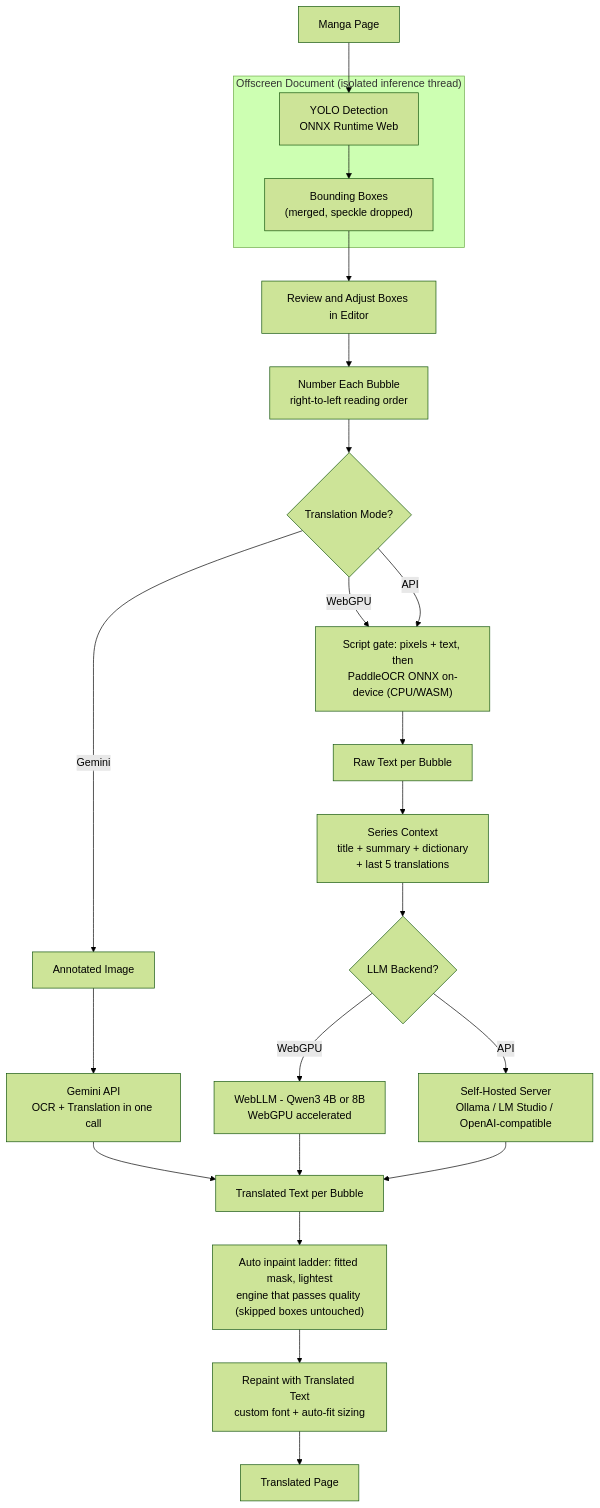
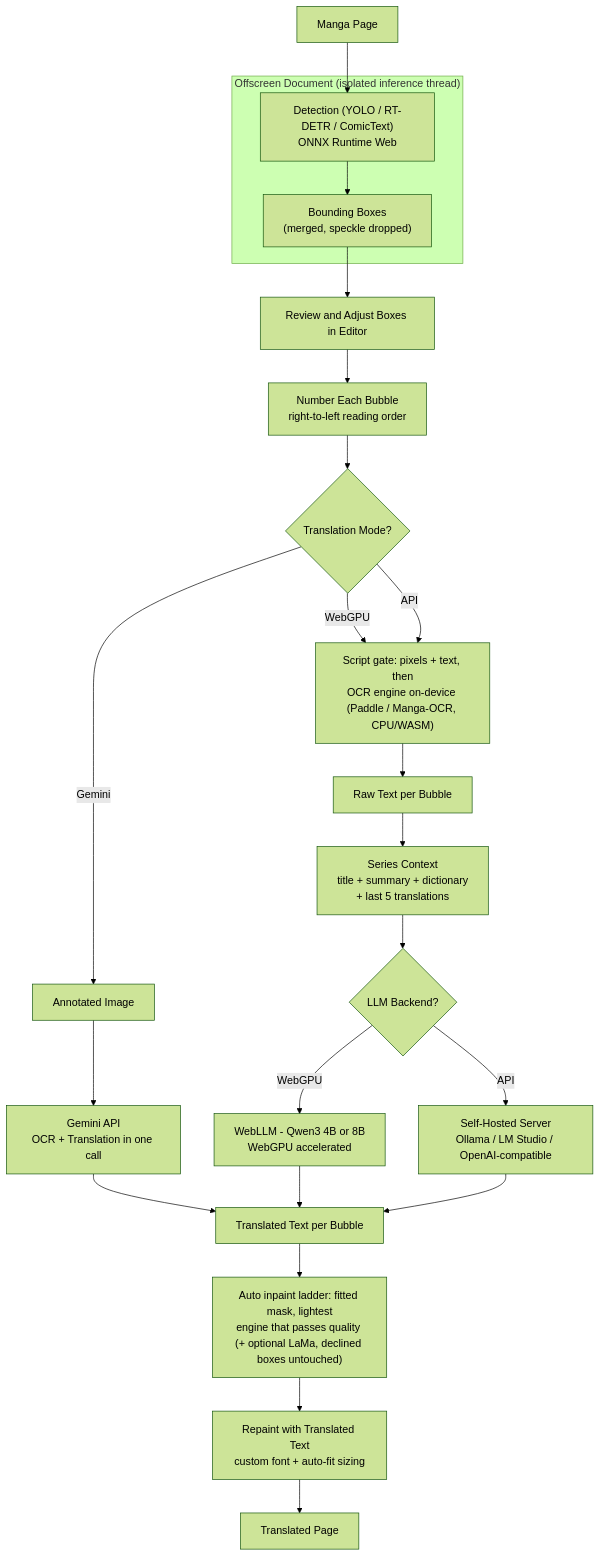
Before and after one commit to mrdhnto/libre-manga-translator: the diagram in README.md, drawn with Mermaid (forest theme). The commit also changed other lines of this file and 33 other files, not shown here.

````diff
--- a/README.md
+++ b/README.md
@@ -70,45 +70,45 @@
 ```mermaid
 graph TD
     Img[Manga Page] --> Detect
 
     subgraph offscreen ["Offscreen Document (isolated inference thread)"]
-        Detect["YOLO Detection
+        Detect["Detection (YOLO / RT-DETR / ComicText)
 ONNX Runtime Web"]
         Detect --> Boxes["Bounding Boxes
 (merged, speckle dropped)"]
     end
 
     Boxes --> Refine[Review and Adjust Boxes in Editor]
     Refine --> Annotate["Number Each Bubble
 right-to-left reading order"]
     Annotate --> Mode{Translation Mode?}
 
     Mode -->|Gemini| CloudImg[Annotated Image]
     CloudImg --> Gemini["Gemini API
 OCR + Translation in one call"]
     Gemini --> Text
 
     Mode -->|WebGPU| OCR["Script gate: pixels + text, then
-PaddleOCR ONNX on-device (CPU/WASM)"]
+OCR engine on-device (Paddle / Manga-OCR, CPU/WASM)"]
     Mode -->|API| OCR
 
     OCR --> Raw[Raw Text per Bubble]
     Raw --> Ctx["Series Context
 title + summary + dictionary
 + last 5 translations"]
     Ctx --> LLM{LLM Backend?}
 
     LLM -->|WebGPU| WebLLM["WebLLM - Qwen3 4B or 8B
 WebGPU accelerated"]
     LLM -->|API| Server["Self-Hosted Server
 Ollama / LM Studio / OpenAI-compatible"]
 
     WebLLM --> Text[Translated Text per Bubble]
     Server --> Text
 
     Text --> Inpaint["Auto inpaint ladder: fitted mask, lightest
-engine that passes quality (skipped boxes untouched)"]
+engine that passes quality (+ optional LaMa, declined boxes untouched)"]
     Inpaint --> Paint["Repaint with Translated Text
 custom font + auto-fit sizing"]
     Paint --> Result[Translated Page]
 ```
````
